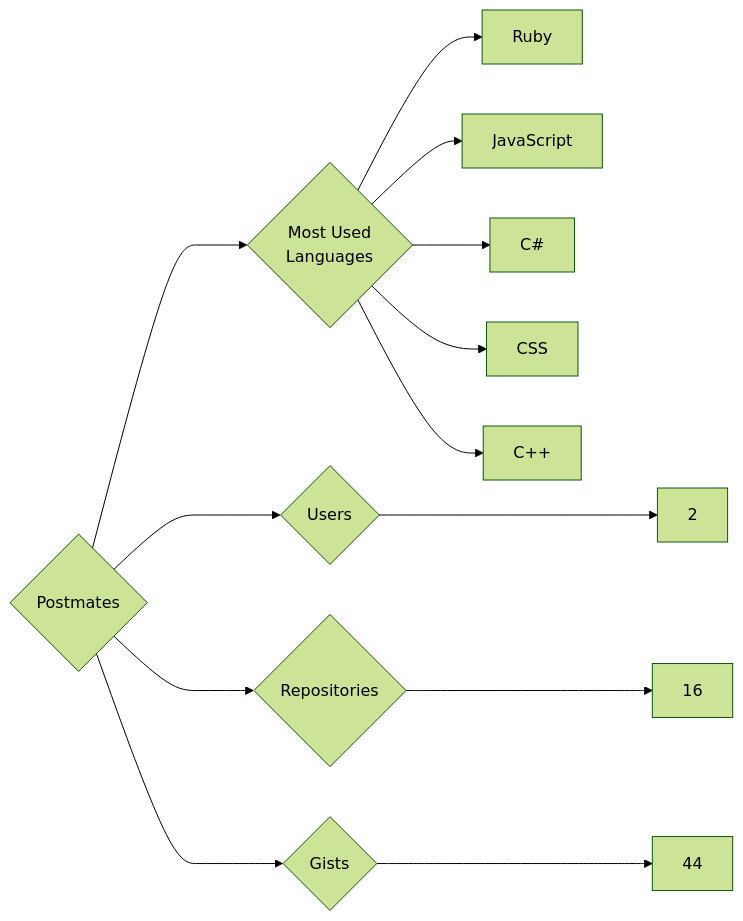
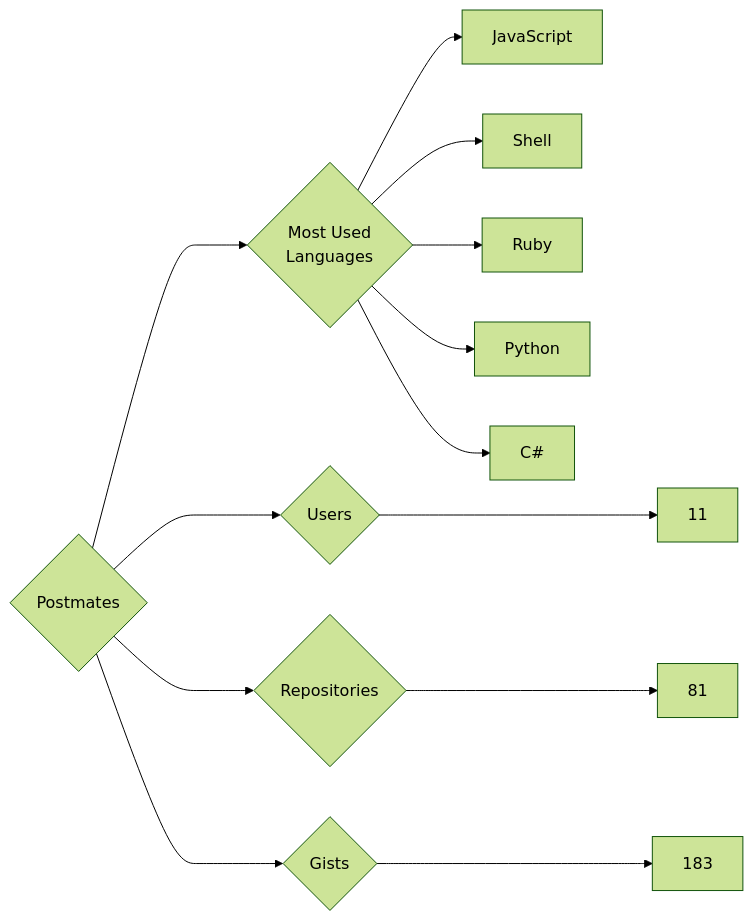
Before and after one commit to trickest/insiders: the diagram in targets/Postmates/README.md, drawn with Mermaid (forest theme). The commit also changed 1696 other files, not shown here.

````diff
--- a/targets/Postmates/README.md
+++ b/targets/Postmates/README.md
@@ -3,13 +3,13 @@
 ```mermaid
 graph LR
 COMPANY_NAME{Postmates}
-COMPANY_NAME ---> U{Users} ---> UN[2]
-COMPANY_NAME ---> R{Repositories} ---> RN[16]
-COMPANY_NAME ---> G{Gists} ---> GN[44]
+COMPANY_NAME ---> U{Users} ---> UN[11]
+COMPANY_NAME ---> R{Repositories} ---> RN[81]
+COMPANY_NAME ---> G{Gists} ---> GN[183]
 COMPANY_NAME ---> ML{Most Used<br>Languages}
+ML --> JavaScript[JavaScript]
+ML --> Shell[Shell]
 ML --> Ruby[Ruby]
-ML --> JavaScript[JavaScript]
+ML --> Python[Python]
 ML --> C#[C#]
-ML --> CSS[CSS]
-ML --> C++[C++]
 ```
````
